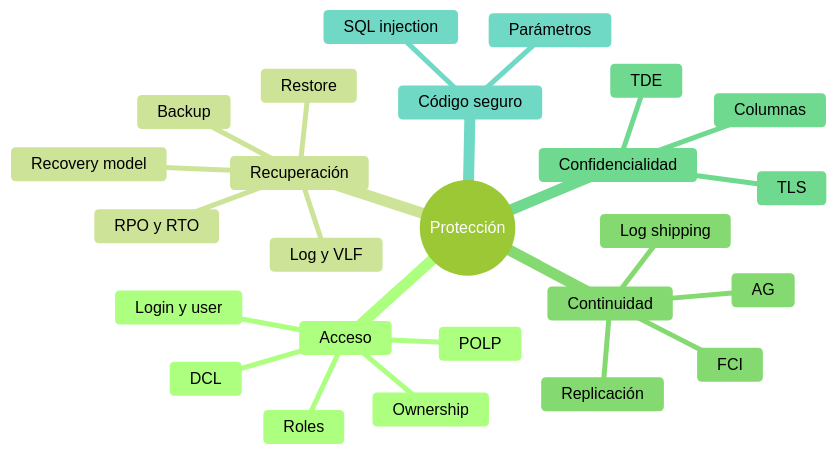
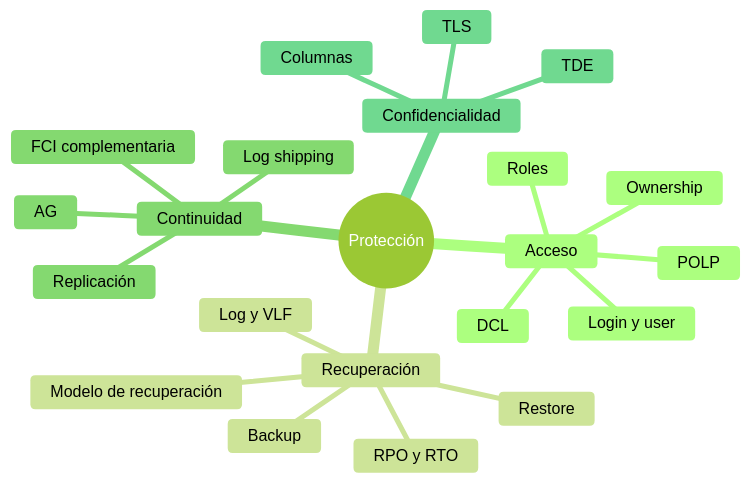
One commit to unlam-informatica/unlam-informatica.github.io changed the diagram in src/content/docs/bbdd-aplicadas/unidad-5/teoria/guia-parcial.md. Above: the diagram before and after it, drawn with Mermaid (forest theme). The commit also changed other lines of this file and 100 other files, not shown here.

````diff
--- a/src/content/docs/bbdd-aplicadas/unidad-5/teoria/guia-parcial.md
+++ b/src/content/docs/bbdd-aplicadas/unidad-5/teoria/guia-parcial.md
@@ -13,28 +20,25 @@
 ```mermaid
 mindmap
   root((Protección))
     Acceso
       POLP
       Login y user
       Roles
       DCL
       Ownership
     Recuperación
       Log y VLF
-      Recovery model
+      Modelo de recuperación
       Backup
       Restore
       RPO y RTO
     Continuidad
       AG
-      FCI
+      FCI complementaria
       Replicación
       Log shipping
     Confidencialidad
       TDE
       TLS
       Columnas
-    Código seguro
-      SQL injection
-      Parámetros
 ```
````
